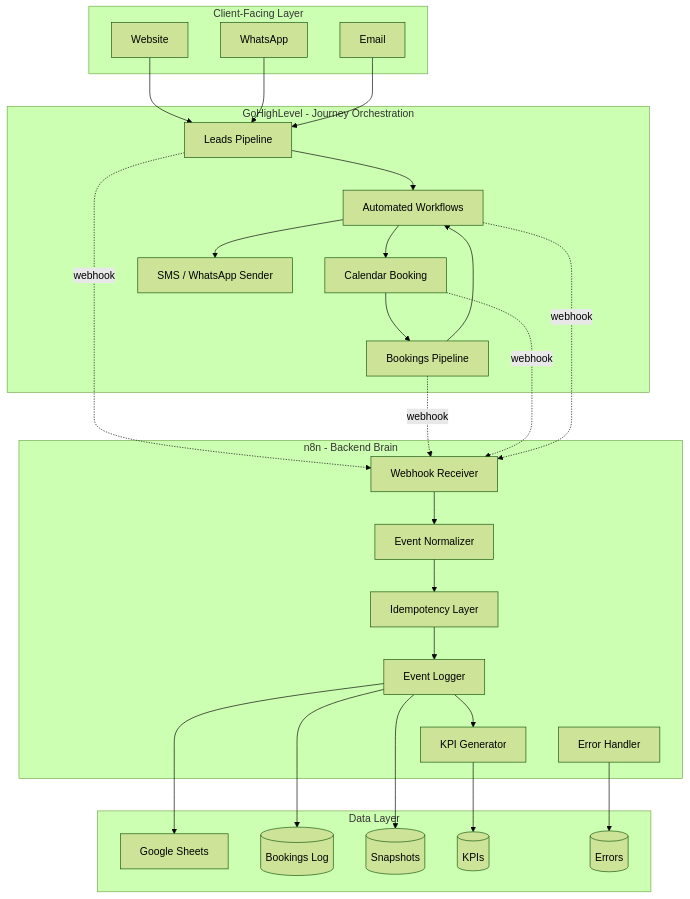
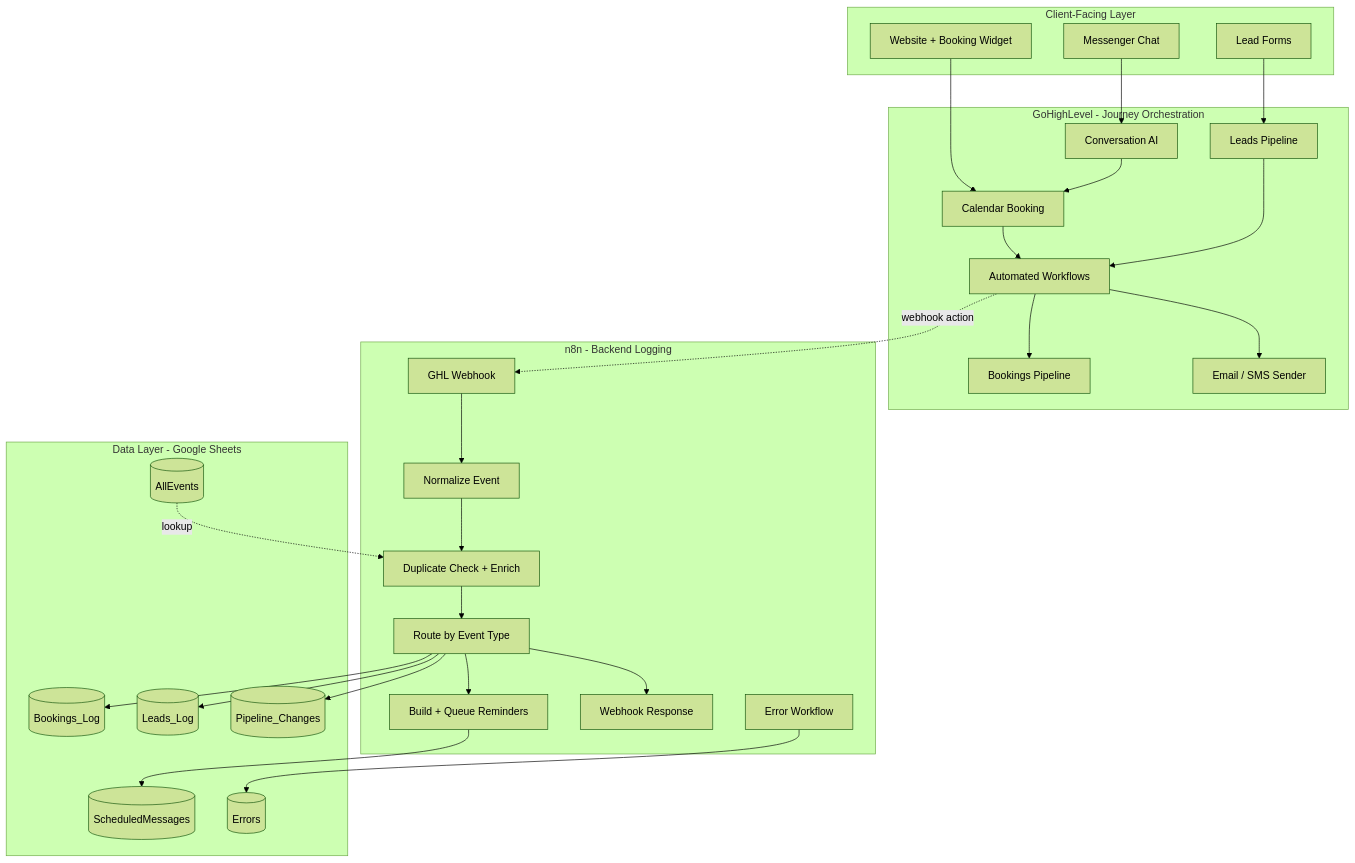
One commit to khaledabdelaziz1330-dot/Khaled-AI-Automation-Portfolio changed the first of 4 diagrams in holistic-wellness-club/architecture.md. Above: the diagram before and after it, drawn with Mermaid (forest theme). The commit also changed other lines of this file and 50 other files, not shown here.

First line of the commit message:
Align portfolio docs with workflow exports; add shared error handler

````diff
--- a/holistic-wellness-club/architecture.md
+++ b/holistic-wellness-club/architecture.md
@@ -9,57 +11,59 @@
 ```mermaid
 flowchart TD
     subgraph Client [Client-Facing Layer]
-        WEB[Website]
-        WA[WhatsApp]
-        EMAIL[Email]
+        WEB[Website + Booking Widget]
+        FORM[Lead Forms]
+        MSG[Messenger Chat]
     end
-    
+
     subgraph GHL [GoHighLevel - Journey Orchestration]
+        AI[Conversation AI]
         PIPE1[Leads Pipeline]
         PIPE2[Bookings Pipeline]
         WF1[Automated Workflows]
         CAL[Calendar Booking]
-        SMS[SMS / WhatsApp Sender]
+        SMS[Email / SMS Sender]
     end
-    
-    subgraph n8n [n8n - Backend Brain]
-        WH[Webhook Receiver]
-        NORM[Event Normalizer]
-        IDEM[Idempotency Layer]
-        LOG[Event Logger]
-        KPI[KPI Generator]
-        ERR[Error Handler]
+
+    subgraph n8n [n8n - Backend Logging]
+        WH[GHL Webhook]
+        NORM[Normalize Event]
+        IDEM[Duplicate Check + Enrich]
+        ROUTE[Route by Event Type]
+        REM[Build + Queue Reminders]
+        RESP[Webhook Response]
+        ERR[Error Workflow]
     end
-    
-    subgraph Data [Data Layer]
-        SHEETS[Google Sheets]
-        S1[(Bookings Log)]
-        S2[(Snapshots)]
-        S3[(KPIs)]
-        S4[(Errors)]
+
+    subgraph Data [Data Layer - Google Sheets]
+        S0[(AllEvents)]
+        S1[(Bookings_Log)]
+        S2[(Leads_Log)]
+        S3[(Pipeline_Changes)]
+        S4[(ScheduledMessages)]
+        S5[(Errors)]
     end
-    
-    WEB --> PIPE1
-    WA --> PIPE1
-    EMAIL --> PIPE1
+
+    WEB --> CAL
+    FORM --> PIPE1
+    MSG --> AI
+    AI --> CAL
+    CAL --> WF1
     PIPE1 --> WF1
-    WF1 --> CAL
+    WF1 --> PIPE2
     WF1 --> SMS
-    CAL --> PIPE2
-    PIPE2 --> WF1
-    
-    PIPE1 -.webhook.-> WH
-    PIPE2 -.webhook.-> WH
-    CAL -.webhook.-> WH
-    WF1 -.webhook.-> WH
-    
+
+    WF1 -.webhook action.-> WH
+
     WH --> NORM
     NORM --> IDEM
-    IDEM --> LOG
-    LOG --> KPI
-    LOG --> SHEETS
-    KPI --> S3
-    LOG --> S1
-    LOG --> S2
-    ERR --> S4
+    S0 -.lookup.-> IDEM
+    IDEM --> ROUTE
+    ROUTE --> S1
+    ROUTE --> S2
+    ROUTE --> S3
+    ROUTE --> REM
+    REM --> S4
+    ROUTE --> RESP
+    ERR --> S5
 ```
````
